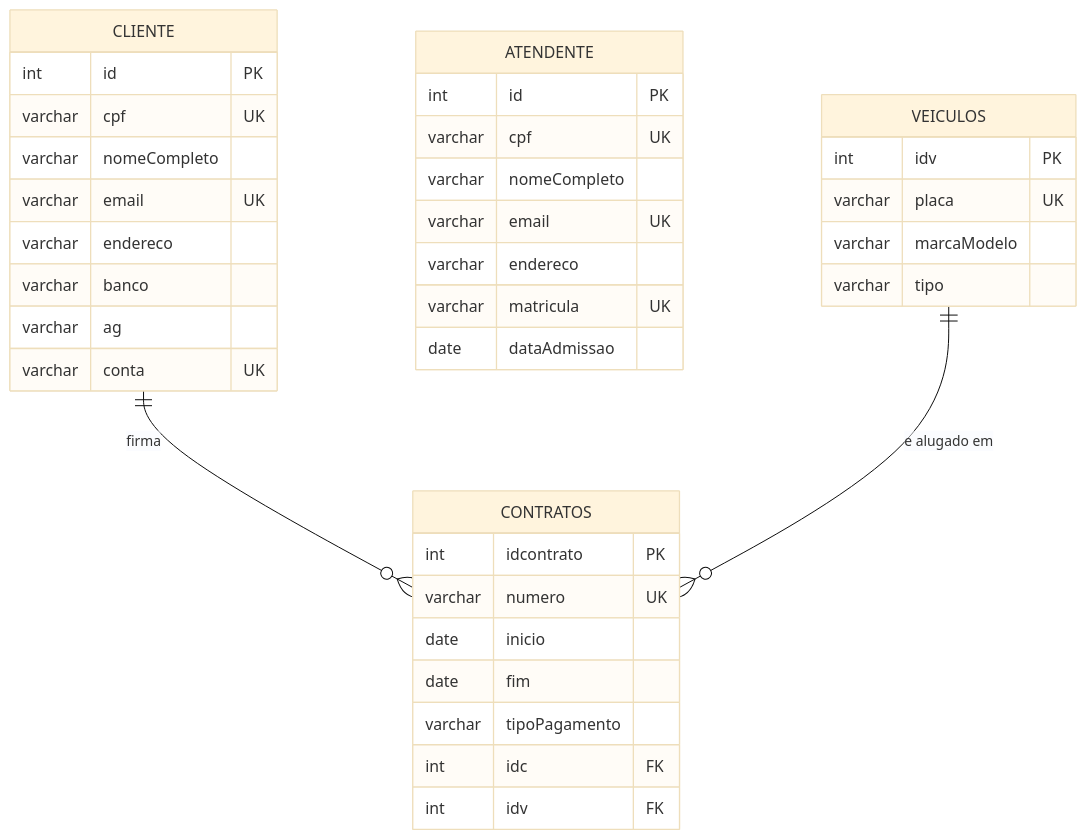
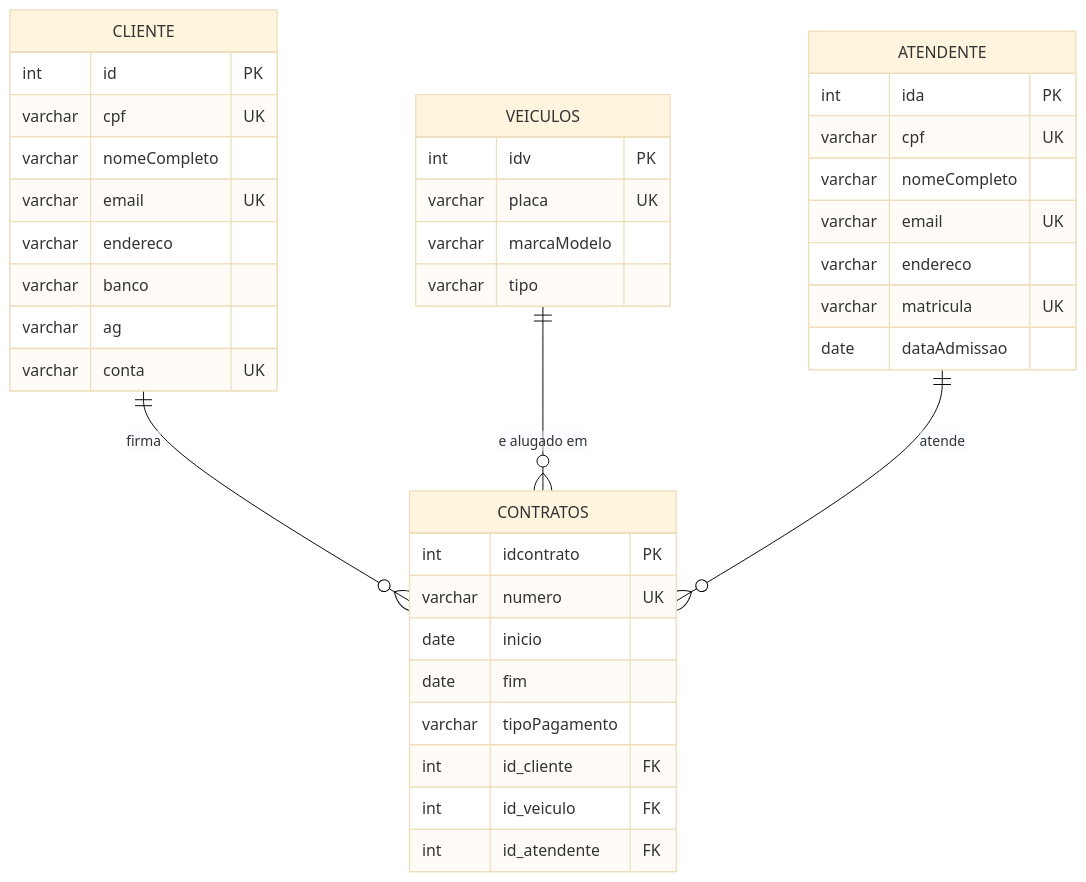
One commit to lCampigotto/aluguel-carros-atividade changed the diagram in README.md. Above: the diagram before and after it, drawn with Mermaid (base theme). The commit also changed 2 other files, not shown here.

Commit message:
Adiciona vinculo atendente-contrato e padroniza nomes de FK

````diff
--- a/README.md
+++ b/README.md
@@ -20,40 +20,42 @@
 ```mermaid
 erDiagram
     CLIENTE {
         int id PK
         varchar cpf UK
         varchar nomeCompleto
         varchar email UK
         varchar endereco
         varchar banco
         varchar ag
         varchar conta UK
     }
     ATENDENTE {
-        int id PK
+        int ida PK
         varchar cpf UK
         varchar nomeCompleto
         varchar email UK
         varchar endereco
         varchar matricula UK
         date dataAdmissao
     }
     VEICULOS {
         int idv PK
         varchar placa UK
         varchar marcaModelo
         varchar tipo
     }
     CONTRATOS {
         int idcontrato PK
         varchar numero UK
         date inicio
         date fim
         varchar tipoPagamento
-        int idc FK
-        int idv FK
+        int id_cliente FK
+        int id_veiculo FK
+        int id_atendente FK
     }
 
     CLIENTE ||--o{ CONTRATOS : "firma"
     VEICULOS ||--o{ CONTRATOS : "e alugado em"
+    ATENDENTE ||--o{ CONTRATOS : "atende"
 ```
````
